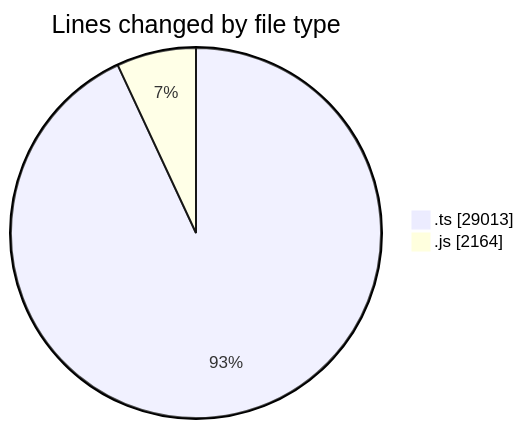
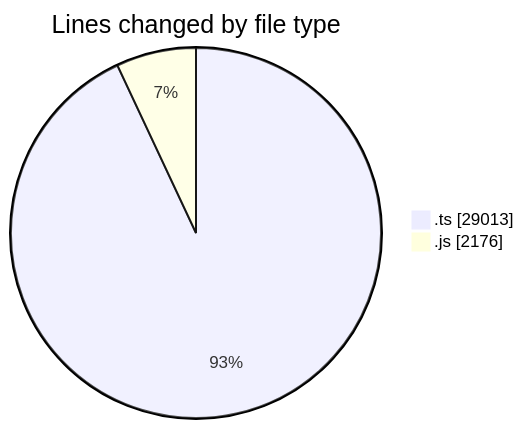
Before and after one commit to momahboobian/code-tracking: the first of 2 diagrams in 2025-06-26/cda/README.md, drawn with Mermaid. The commit also changed other lines of this file and 1 other file, not shown here.

````diff
--- a/2025-06-26/cda/README.md
+++ b/2025-06-26/cda/README.md
@@ -31,6 +31,6 @@
 ```mermaid
 pie showData
 title Lines changed by file type
 ".ts" : 29013
-".js" : 2164
+".js" : 2176
 ```
````
